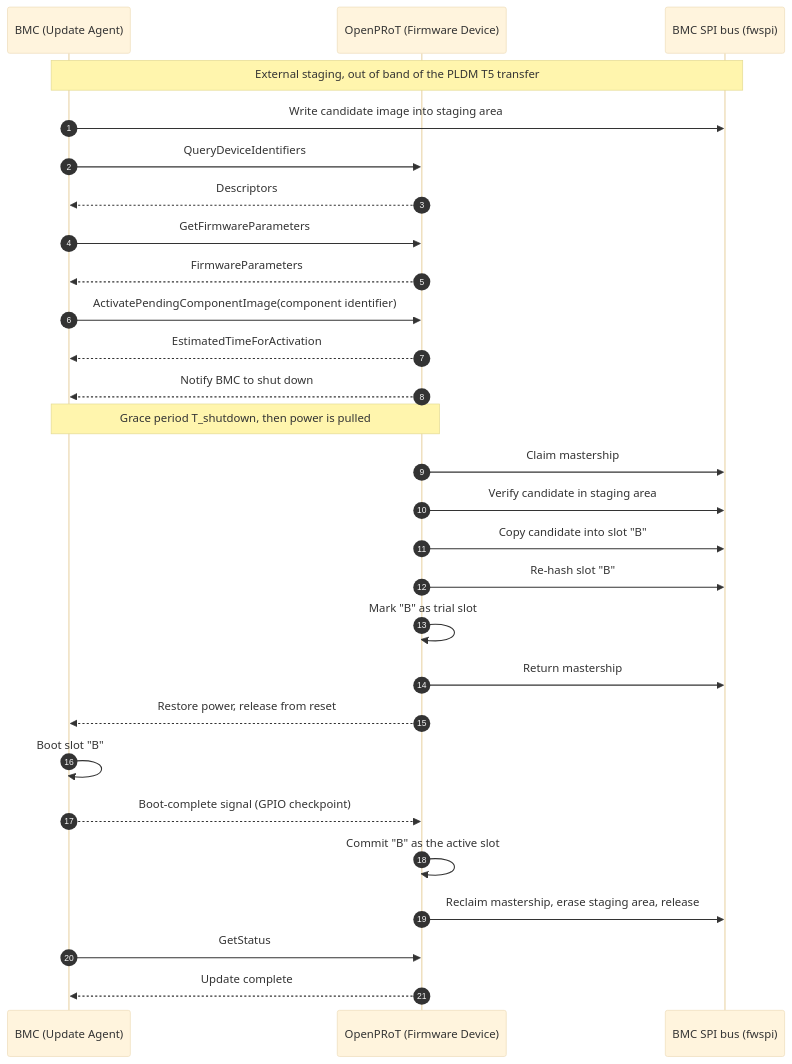
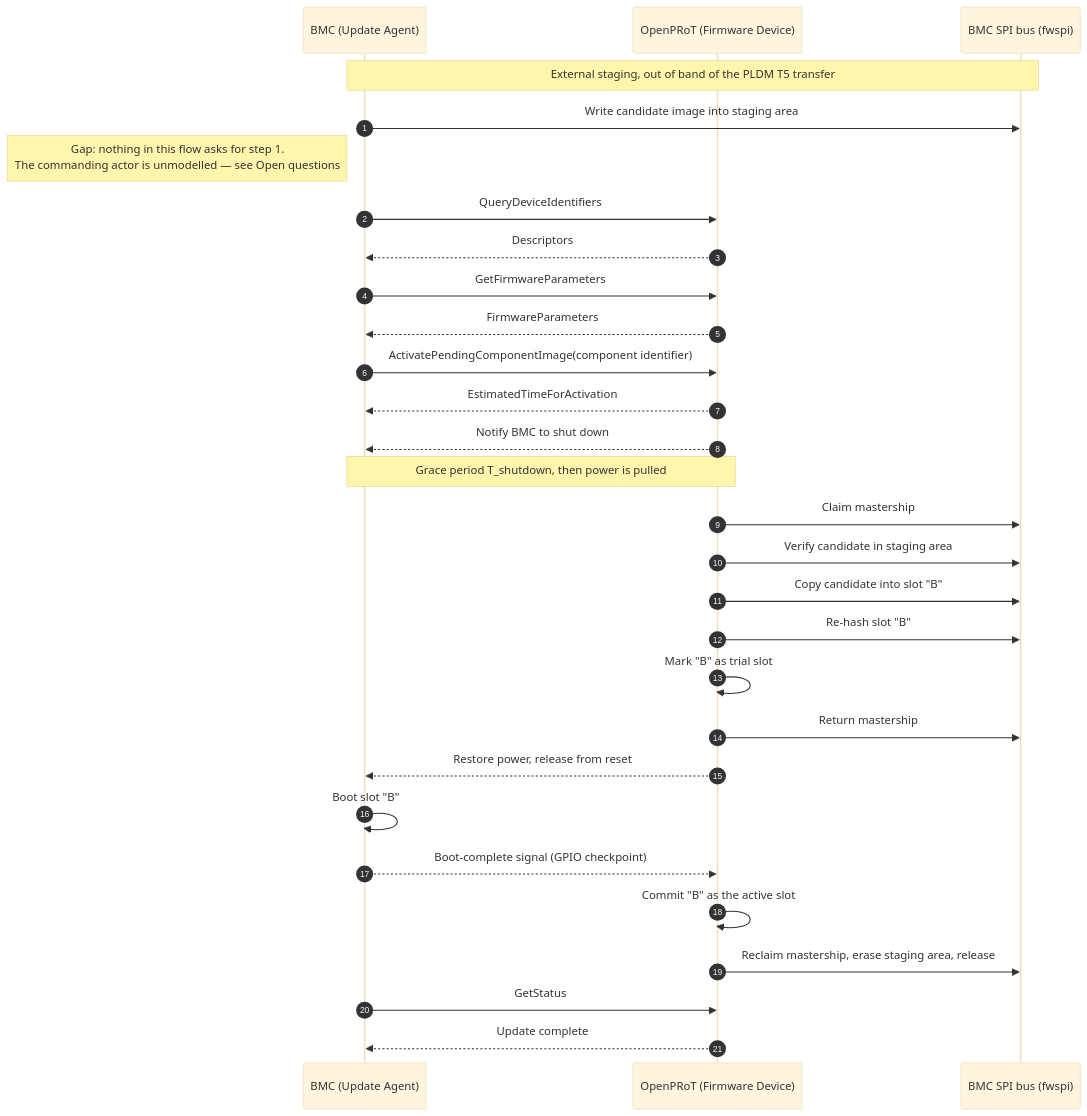
One commit to rusty1968/openprot changed the first of 2 diagrams in docs/src/design/demo-proposal-flow.md. Above: the diagram before and after it, drawn with Mermaid (base theme). The commit also changed other lines of this file, not shown here.

First line of the commit message:
docs: note that nothing in the flow commands the staging write

````diff
--- a/docs/src/design/demo-proposal-flow.md
+++ b/docs/src/design/demo-proposal-flow.md
@@ -38,36 +38,37 @@
 ```mermaid
 sequenceDiagram
     autonumber
     participant BMC as BMC (Update Agent)
     participant OpenPRoT as OpenPRoT (Firmware Device)
     participant fwspi as BMC SPI bus (fwspi)
 
     Note over BMC,fwspi: External staging, out of band of the PLDM T5 transfer
     BMC->>fwspi: Write candidate image into staging area
+    Note left of BMC: Gap: nothing in this flow asks for step 1.<br/>The commanding actor is unmodelled — see Open questions
 
     BMC->>OpenPRoT: QueryDeviceIdentifiers
     OpenPRoT-->>BMC: Descriptors
     BMC->>OpenPRoT: GetFirmwareParameters
     OpenPRoT-->>BMC: FirmwareParameters
     BMC->>OpenPRoT: ActivatePendingComponentImage(component identifier)
     OpenPRoT-->>BMC: EstimatedTimeForActivation
 
     OpenPRoT-->>BMC: Notify BMC to shut down
     Note over BMC,OpenPRoT: Grace period T_shutdown, then power is pulled
 
     OpenPRoT->>fwspi: Claim mastership
     OpenPRoT->>fwspi: Verify candidate in staging area
     OpenPRoT->>fwspi: Copy candidate into slot "B"
     OpenPRoT->>fwspi: Re-hash slot "B"
     OpenPRoT->>OpenPRoT: Mark "B" as trial slot
     OpenPRoT->>fwspi: Return mastership
 
     OpenPRoT-->>BMC: Restore power, release from reset
     BMC->>BMC: Boot slot "B"
     BMC-->>OpenPRoT: Boot-complete signal (GPIO checkpoint)
     OpenPRoT->>OpenPRoT: Commit "B" as the active slot
     OpenPRoT->>fwspi: Reclaim mastership, erase staging area, release
 
     BMC->>OpenPRoT: GetStatus
     OpenPRoT-->>BMC: Update complete
 ```
````
